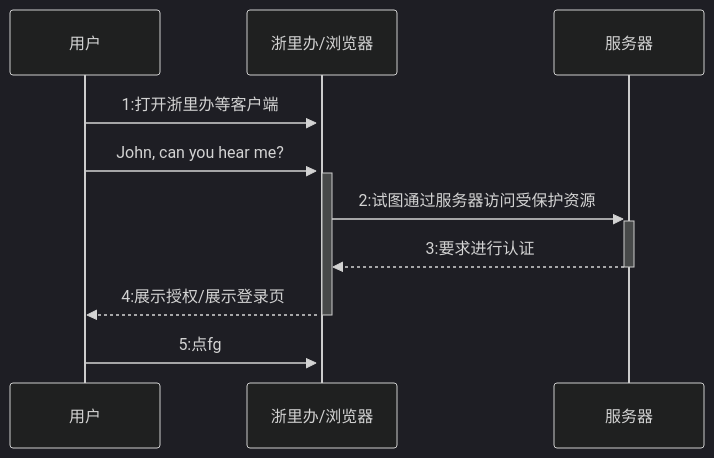
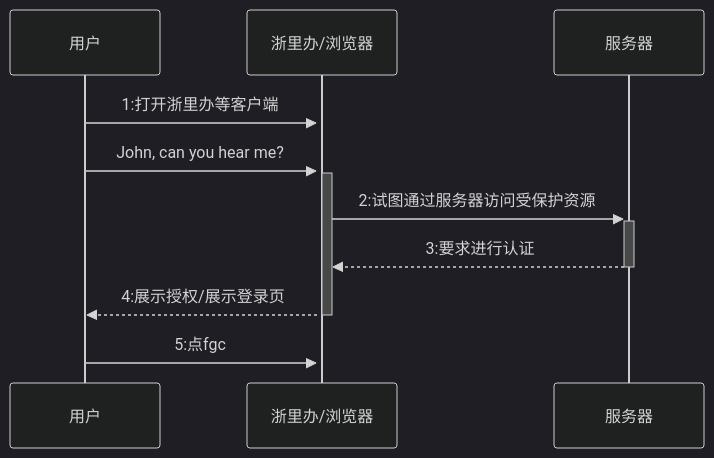
Before and after one commit to fifuntop/iodraw-files: the diagram in all/居民端时序图.md, drawn with Mermaid (dark theme).

Commit message:
2024-03-14 14:56:40 update

````diff
--- a/all/居民端时序图.md
+++ b/all/居民端时序图.md
@@ -1,10 +1,10 @@
 ```mermaid
 sequenceDiagram
     用户->>+浙里办/浏览器: 1:打开浙里办等客户端
     用户->>+浙里办/浏览器: John, can you hear me?
     浙里办/浏览器->>+服务器: 2:试图通过服务器访问受保护资源
     服务器-->>-浙里办/浏览器: 3:要求进行认证
     浙里办/浏览器-->>-用户: 4:展示授权/展示登录页
-    用户->>+浙里办/浏览器: 5:点fg
+    用户->>+浙里办/浏览器: 5:点fgc
             
 ```
````
